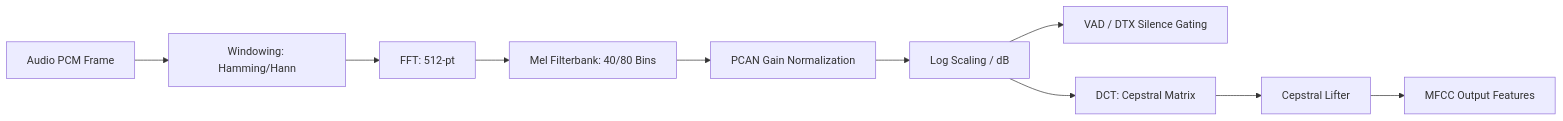
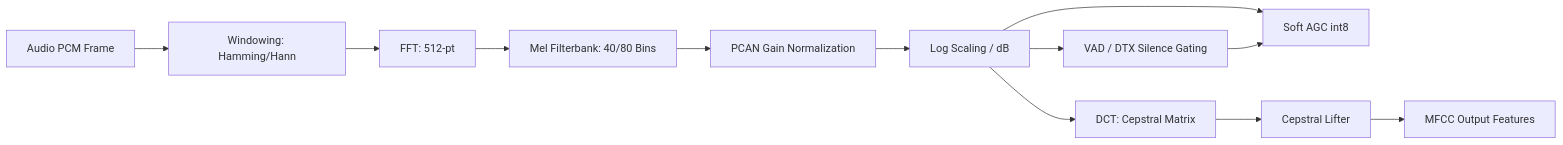
One commit to thesofproject/sof changed the diagram in src/audio/mfcc/README.md. Above: the diagram before and after it, drawn with Mermaid. The commit also changed other lines of this file and 8 other files, not shown here.

First line of the commit message:
audio: mfcc: add 8-bit soft AGC Mel output mode

````diff
--- a/src/audio/mfcc/README.md
+++ b/src/audio/mfcc/README.md
@@ -17,12 +30,14 @@
 ```mermaid
 graph LR
   In[Audio PCM Frame] --> Win[Windowing: Hamming/Hann]
   Win --> FFT[FFT: 512-pt]
   FFT --> Mel[Mel Filterbank: 40/80 Bins]
   Mel --> PCAN[PCAN Gain Normalization]
   PCAN --> Log[Log Scaling / dB]
   Log --> VAD[VAD / DTX Silence Gating]
+  Log --> AGC8[Soft AGC int8]
+  VAD --> AGC8
   Log --> DCT[DCT: Cepstral Matrix]
   DCT --> Lifter[Cepstral Lifter]
   Lifter --> Out[MFCC Output Features]
 ```
````
